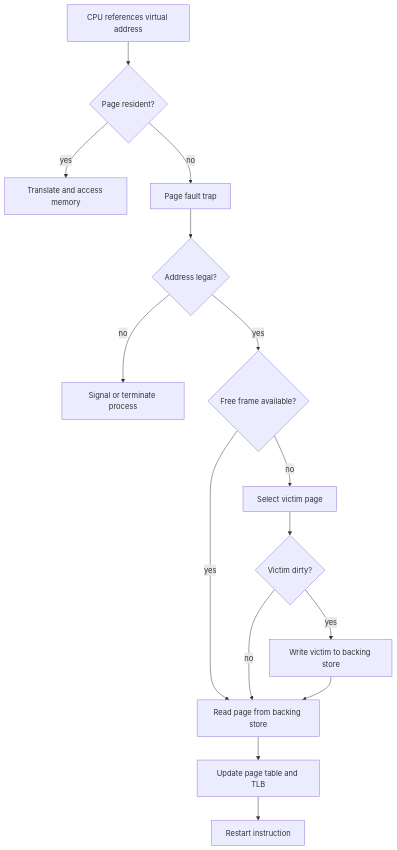
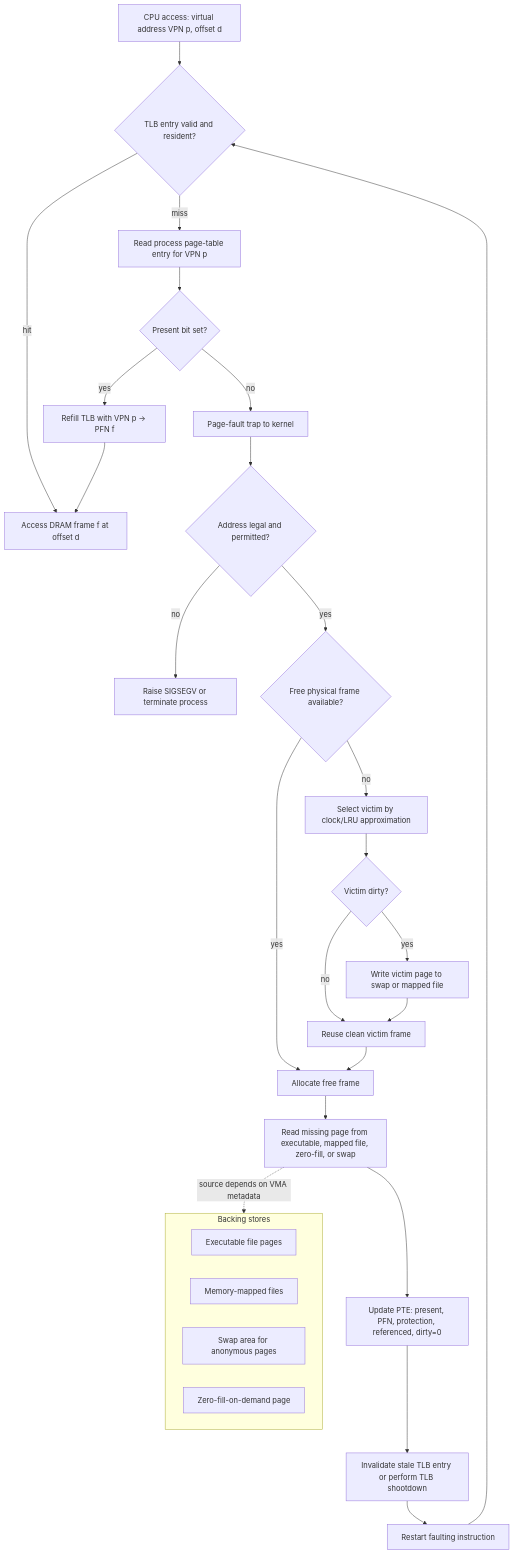
Before and after one commit to justinbrianhwang/SJ-wiki: the diagram in docs/cs/operating-systems/virtual-memory.md, drawn with Mermaid. The commit also changed other lines of this file and 1858 other files, not shown here.

Commit message:
Upgrade Mermaid diagrams to real architecture level across DL/CS-systems/CS-applied/QIS/Physics+Math+Chem (~728 mermaid blocks total): detailed sublayers, residuals, dimensions, shape transitions, subgraph grouping

````diff
--- a/docs/cs/operating-systems/virtual-memory.md
+++ b/docs/cs/operating-systems/virtual-memory.md
@@ -60,17 +56,38 @@
 ```mermaid
 flowchart TD
-  Ref[CPU references virtual address] --> Valid{"Page resident?"}
-  Valid -->|yes| Access[Translate and access memory]
-  Valid -->|no| Fault[Page fault trap]
-  Fault --> Legal{"Address legal?"}
-  Legal -->|no| Kill[Signal or terminate process]
-  Legal -->|yes| Free{"Free frame available?"}
-  Free -->|yes| Read[Read page from backing store]
-  Free -->|no| Victim[Select victim page]
-  Victim --> Dirty{"Victim dirty?"}
-  Dirty -->|yes| Write[Write victim to backing store]
-  Dirty -->|no| Read
-  Write --> Read
-  Read --> Update[Update page table and TLB]
-  Update --> Restart[Restart instruction]
+  Access["CPU access: virtual address VPN p, offset d"] --> TLB{"TLB entry valid and resident?"}
+  TLB -- "hit" --> RAM["Access DRAM frame f at offset d"]
+  TLB -- "miss" --> PTE["Read process page-table entry for VPN p"]
+  PTE --> Present{"Present bit set?"}
+  Present -- "yes" --> Refill["Refill TLB with VPN p -> PFN f"]
+  Refill --> RAM
+
+  Present -- "no" --> Fault["Page-fault trap to kernel"]
+  Fault --> Legal{"Address legal and permitted?"}
+  Legal -- "no" --> Signal["Raise SIGSEGV or terminate process"]
+  Legal -- "yes" --> Free{"Free physical frame available?"}
+
+  Free -- "yes" --> Frame["Allocate free frame"]
+  Free -- "no" --> Select["Select victim by clock/LRU approximation"]
+  Select --> Dirty{"Victim dirty?"}
+  Dirty -- "yes" --> Writeback["Write victim page to swap or mapped file"]
+  Dirty -- "no" --> Reuse["Reuse clean victim frame"]
+  Writeback --> Reuse
+  Reuse --> Frame
+
+  Frame --> Fetch["Read missing page from executable, mapped file, zero-fill, or swap"]
+  Fetch --> Update["Update PTE: present, PFN, protection, referenced, dirty=0"]
+  Update --> Shootdown["Invalidate stale TLB entry or perform TLB shootdown"]
+  Shootdown --> Retry["Restart faulting instruction"]
+  Retry --> TLB
+
+  subgraph Backing["Backing stores"]
+    direction LR
+    Exec["Executable file pages"]
+    Map["Memory-mapped files"]
+    Swap["Swap area for anonymous pages"]
+    Zero["Zero-fill-on-demand page"]
+  end
+
+  Fetch -. "source depends on VMA metadata" .-> Backing
 ```
````
